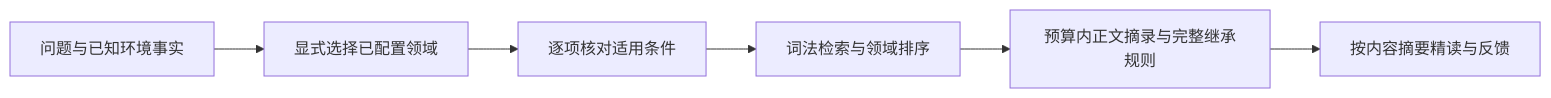
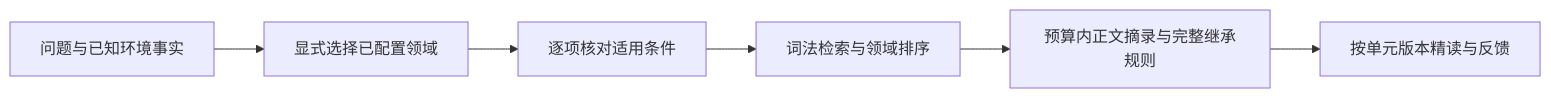
The diagram in docs/knowledge-system.md (grandolantow/mindie-agent), drawn with Mermaid before and after one commit. The commit also changed other lines of this file and 3 other files, not shown here.

````diff
--- a/docs/knowledge-system.md
+++ b/docs/knowledge-system.md
@@ -35,8 +37,8 @@
 ```mermaid
 flowchart LR
     Q["问题与已知环境事实"] --> D["显式选择已配置领域"]
     D --> C["逐项核对适用条件"]
     C --> R["词法检索与领域排序"]
     R --> B["预算内正文摘录与完整继承规则"]
-    B --> E["按内容摘要精读与反馈"]
+    B --> E["按单元版本精读与反馈"]
 ```
````
